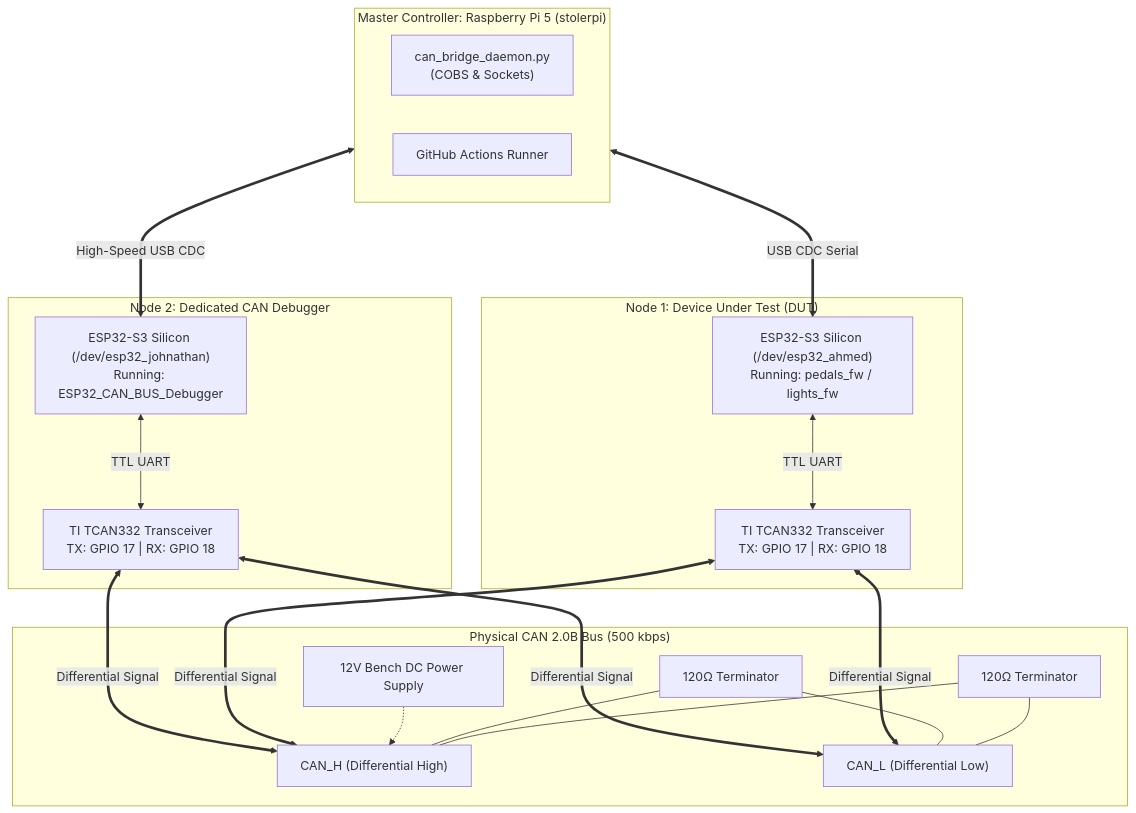
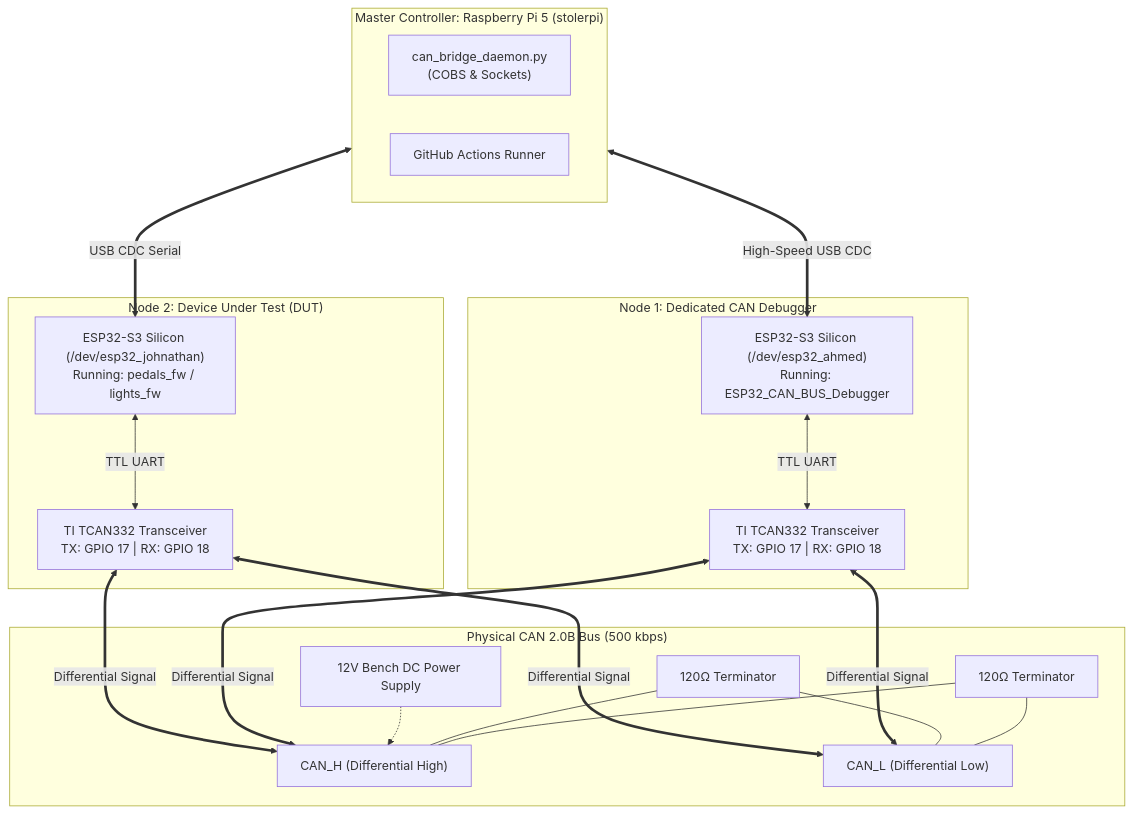
The first of 4 diagrams in docs/CAN_TESTBENCH_STAGE_GUIDE.md (JuneKim0712/CAN-Testbench), drawn with Mermaid before and after one commit. The commit also changed other lines of this file and 4 other files, not shown here.

Commit message:
feat(bench): lock esp32_ahmed as permanent CAN Debugger and esp32_johnathan as DUT

````diff
--- a/docs/CAN_TESTBENCH_STAGE_GUIDE.md
+++ b/docs/CAN_TESTBENCH_STAGE_GUIDE.md
@@ -42,39 +42,39 @@
 ```mermaid
 graph TD
     subgraph MasterController ["Master Controller: Raspberry Pi 5 (stolerpi)"]
         Daemon["can_bridge_daemon.py<br/>(COBS & Sockets)"]
         Runner["GitHub Actions Runner"]
     end
 
     subgraph CANBus ["Physical CAN 2.0B Bus (500 kbps)"]
         WireH["CAN_H (Differential High)"]
         WireL["CAN_L (Differential Low)"]
         Term1["120Ω Terminator"] --- WireH
         Term1 --- WireL
         Term2["120Ω Terminator"] --- WireH
         Term2 --- WireL
         Power["12V Bench DC Power Supply"] -.-> WireH
     end
 
-    subgraph Node1 ["Node 1: Device Under Test (DUT)"]
-        DUT_ESP["ESP32-S3 Silicon (/dev/esp32_ahmed)<br/>Running: pedals_fw / lights_fw"]
+    subgraph Node1 ["Node 1: Dedicated CAN Debugger"]
+        DBG_ESP["ESP32-S3 Silicon (/dev/esp32_ahmed)<br/>Running: ESP32_CAN_BUS_Debugger"]
+        DBG_XCVR["TI TCAN332 Transceiver<br/>TX: GPIO 17 | RX: GPIO 18"]
+    end
+
+    subgraph Node2 ["Node 2: Device Under Test (DUT)"]
+        DUT_ESP["ESP32-S3 Silicon (/dev/esp32_johnathan)<br/>Running: pedals_fw / lights_fw"]
         DUT_XCVR["TI TCAN332 Transceiver<br/>TX: GPIO 17 | RX: GPIO 18"]
     end
 
-    subgraph Node2 ["Node 2: Dedicated CAN Debugger"]
-        DBG_ESP["ESP32-S3 Silicon (/dev/esp32_johnathan)<br/>Running: ESP32_CAN_BUS_Debugger"]
-        DBG_XCVR["TI TCAN332 Transceiver<br/>TX: GPIO 17 | RX: GPIO 18"]
-    end
+    %% Connections
+    MasterController <===>|High-Speed USB CDC| DBG_ESP
+    MasterController <===>|USB CDC Serial| DUT_ESP
 
-    %% Connections
-    MasterController <===>|USB CDC Serial| DUT_ESP
-    MasterController <===>|High-Speed USB CDC| DBG_ESP
+    DBG_ESP <--->|TTL UART| DBG_XCVR
+    DUT_ESP <--->|TTL UART| DUT_XCVR
 
-    DUT_ESP <--->|TTL UART| DUT_XCVR
-    DBG_ESP <--->|TTL UART| DBG_XCVR
-
+    DBG_XCVR <===>|Differential Signal| WireH
+    DBG_XCVR <===>|Differential Signal| WireL
     DUT_XCVR <===>|Differential Signal| WireH
     DUT_XCVR <===>|Differential Signal| WireL
-    DBG_XCVR <===>|Differential Signal| WireH
-    DBG_XCVR <===>|Differential Signal| WireL
 ```
````
